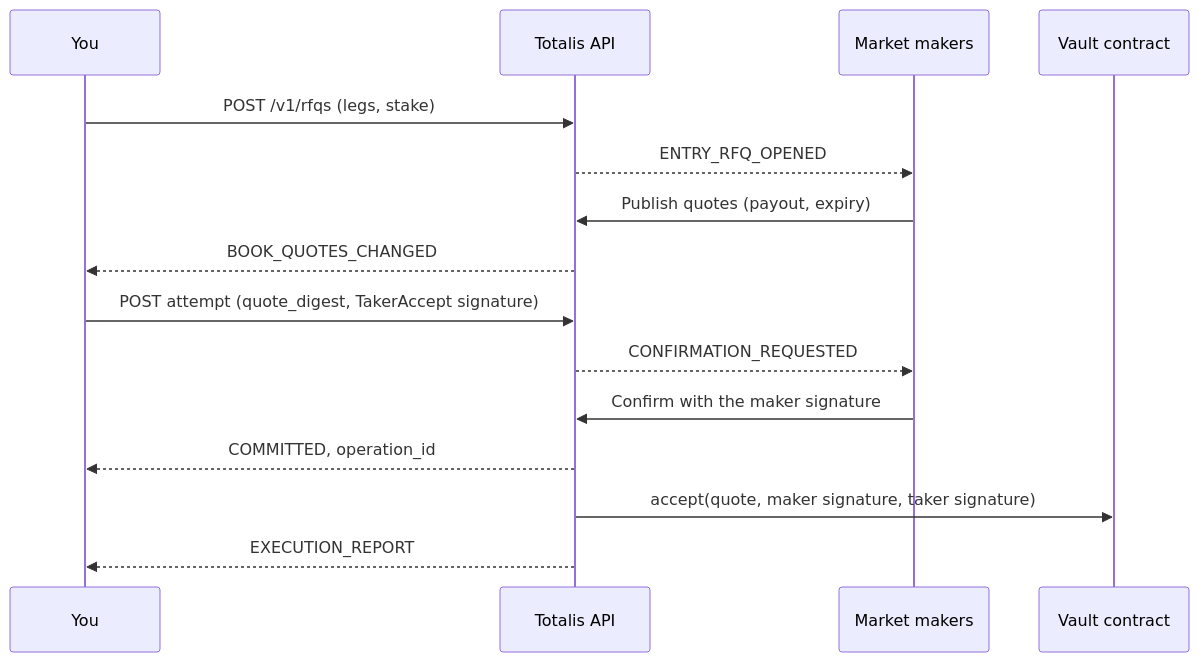
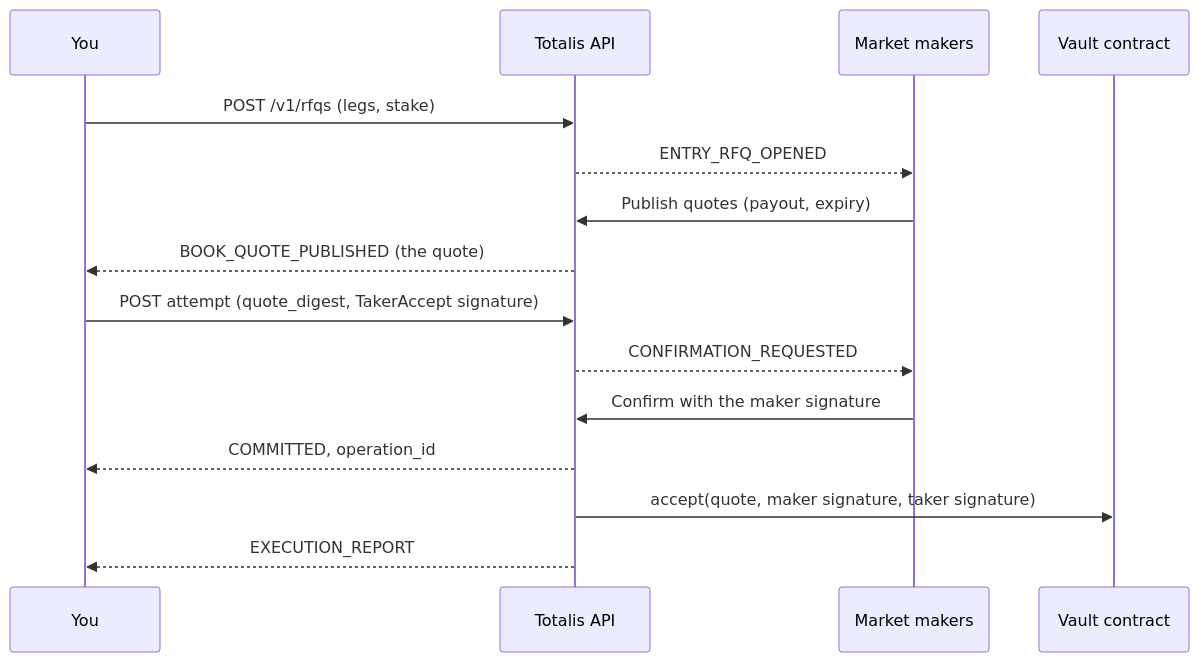
One commit to totalistrading/docs changed the diagram in hyperliquid/trading.mdx. Above: the diagram before and after it, drawn with Mermaid. The commit also changed other lines of this file and 6 other files, not shown here.

````diff
--- a/hyperliquid/trading.mdx
+++ b/hyperliquid/trading.mdx
@@ -12,17 +12,17 @@
 ```mermaid
 sequenceDiagram
   participant You
   participant API as Totalis API
   participant MM as Market makers
   participant Vault as Vault contract
   You->>API: POST /v1/rfqs (legs, stake)
   API-->>MM: ENTRY_RFQ_OPENED
   MM->>API: Publish quotes (payout, expiry)
-  API-->>You: BOOK_QUOTES_CHANGED
+  API-->>You: BOOK_QUOTE_PUBLISHED (the quote)
   You->>API: POST attempt (quote_digest, TakerAccept signature)
   API-->>MM: CONFIRMATION_REQUESTED
   MM->>API: Confirm with the maker signature
   API-->>You: COMMITTED, operation_id
   API->>Vault: accept(quote, maker signature, taker signature)
   API-->>You: EXECUTION_REPORT
 ```
````
